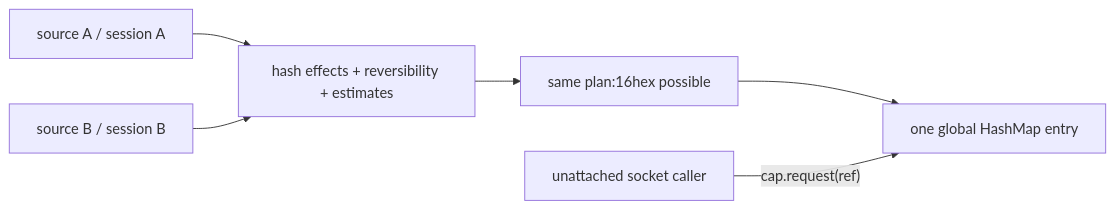
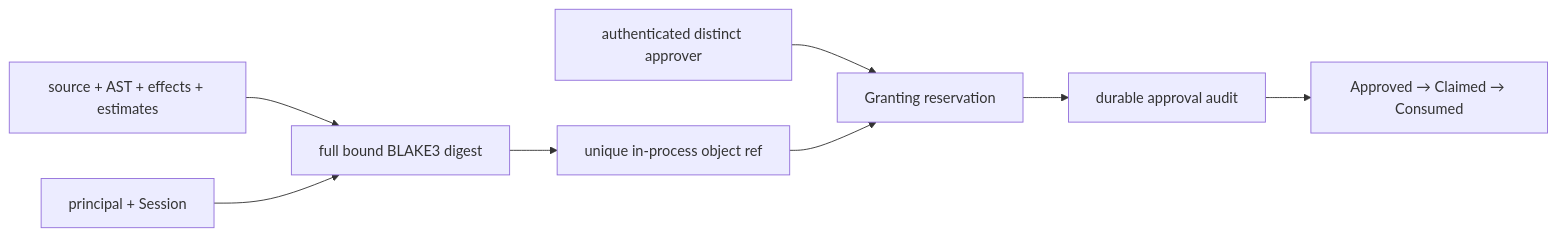
Before and after one commit to alliecatowo/shoal: the second of 2 diagrams in site/content/docs/security.md, drawn with Mermaid. The commit also changed other lines of this file and 17 other files, not shown here.

````diff
--- a/site/content/docs/security.md
+++ b/site/content/docs/security.md
@@ -303,10 +296,12 @@
 ```mermaid
 flowchart LR
-accTitle: Plan/approval integrity limitations
-accDescr: Shows the components and relationships described in Plan/approval integrity limitations.
-    A["source A / session A"] --> H["hash effects + reversibility + estimates"]
-    B["source B / session B"] --> H
-    H --> R["same plan:16hex possible"]
-    R --> M["one global HashMap entry"]
-    U["unattached socket caller"] -->|"cap.request(ref)"| M
+accTitle: Plan/approval integrity
+accDescr: Shows immutable plan identity, authenticated approval, durable audit, and one-shot consumption.
+    P["source + AST + effects + estimates"] --> H["full bound BLAKE3 digest"]
+    O["principal + Session"] --> H
+    H --> R["unique in-process object ref"]
+    A["authenticated distinct approver"] --> G["Granting reservation"]
+    R --> G
+    G --> J["durable approval audit"]
+    J --> C["Approved → Claimed → Consumed"]
 ```
````
